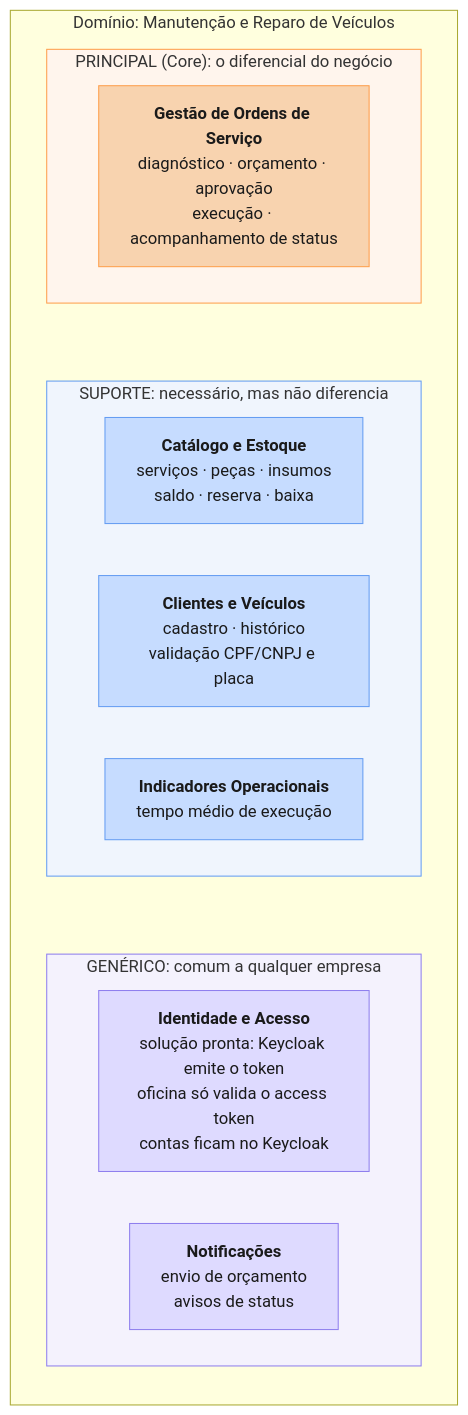
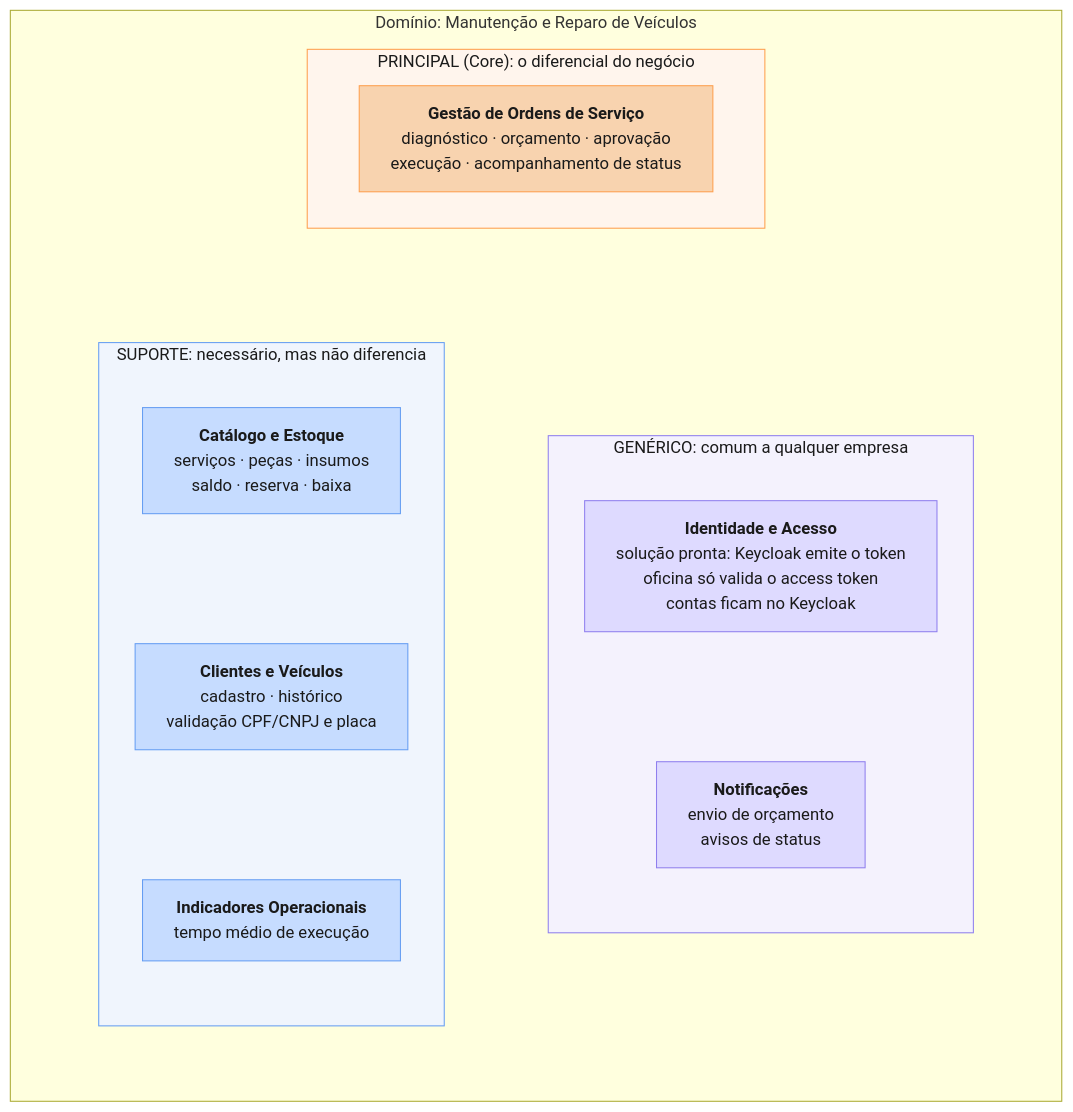
Before and after one commit to bernacamargo/tech-challenge-18soat: the diagram in docs/diagramas/ddd-subdominios.md, drawn with Mermaid. The commit also changed other lines of this file and 2 other files, not shown here.

Commit message:
docs(diagramas): separa o critério de classificação e deixa os subdomínios legíveis
No tema escuro do GitHub os títulos dos subgraphs sumiam sobre o fundo
pastel, e SUPORTE e GENÉRICO empilhavam na vertical com caixas estreitas.
Agora os títulos têm cor escura, SUPORTE e GENÉRICO ficam lado a lado e o
wrappingWidth evita quebrar o texto em 5 ou 6 linhas; os rótulos são os
aprovados em 99bc5f3. O fluxograma de Khononov foi para
ddd-criterio-classificacao.md, com contexto e link de volta, porque cada
diagrama fica em arquivo próprio.

````diff
--- a/docs/diagramas/ddd-subdominios.md
+++ b/docs/diagramas/ddd-subdominios.md
@@ -7,35 +7,42 @@
 ```mermaid
+%%{init: {"flowchart": {"wrappingWidth": 320}}}%%
 flowchart TB
     subgraph DOM["Domínio: Manutenção e Reparo de Veículos"]
         direction TB
 
         subgraph CORE["PRINCIPAL (Core): o diferencial do negócio"]
             OS["<b>Gestão de Ordens de Serviço</b><br/>diagnóstico · orçamento · aprovação<br/>execução · acompanhamento de status"]
         end
 
-        subgraph SUP["SUPORTE: necessário, mas não diferencia"]
+        subgraph BASE[" "]
             direction LR
-            EST["<b>Catálogo e Estoque</b><br/>serviços · peças · insumos<br/>saldo · reserva · baixa"]
-            CLI["<b>Clientes e Veículos</b><br/>cadastro · histórico<br/>validação CPF/CNPJ e placa"]
-            IND["<b>Indicadores Operacionais</b><br/>tempo médio de execução"]
+            subgraph SUP["SUPORTE: necessário, mas não diferencia"]
+                direction TB
+                EST["<b>Catálogo e Estoque</b><br/>serviços · peças · insumos<br/>saldo · reserva · baixa"]
+                CLI["<b>Clientes e Veículos</b><br/>cadastro · histórico<br/>validação CPF/CNPJ e placa"]
+                IND["<b>Indicadores Operacionais</b><br/>tempo médio de execução"]
+                EST ~~~ CLI ~~~ IND
+            end
+            subgraph GEN["GENÉRICO: comum a qualquer empresa"]
+                direction TB
+                IAM["<b>Identidade e Acesso</b><br/>solução pronta: Keycloak emite o token<br/>oficina só valida o access token<br/>contas ficam no Keycloak"]
+                NOT["<b>Notificações</b><br/>envio de orçamento<br/>avisos de status"]
+                IAM ~~~ NOT
+            end
+            SUP ~~~ GEN
         end
 
-        subgraph GEN["GENÉRICO: comum a qualquer empresa"]
-            direction LR
-            IAM["<b>Identidade e Acesso</b><br/>solução pronta: Keycloak emite o token<br/>oficina só valida o access token<br/>contas ficam no Keycloak"]
-            NOT["<b>Notificações</b><br/>envio de orçamento<br/>avisos de status"]
-        end
-
-        CORE ~~~ SUP ~~~ GEN
+        CORE ~~~ BASE
     end
 
     classDef core fill:#f8d3af,stroke:#fe9f4d,color:#1a1a1a
     classDef sup fill:#c6dcff,stroke:#659df2,color:#1a1a1a
     classDef gen fill:#dedaff,stroke:#8f7fee,color:#1a1a1a
     class OS core
     class EST,CLI,IND sup
     class IAM,NOT gen
-    style CORE fill:#fff5ed,stroke:#fe9f4d
-    style SUP fill:#f0f5fd,stroke:#659df2
-    style GEN fill:#f4f2fd,stroke:#8f7fee
+    style CORE fill:#fff5ed,stroke:#fe9f4d,color:#1a1a1a
+    style SUP fill:#f0f5fd,stroke:#659df2,color:#1a1a1a
+    style GEN fill:#f4f2fd,stroke:#8f7fee,color:#1a1a1a
+    style BASE fill:none,stroke:none
 ```
````
